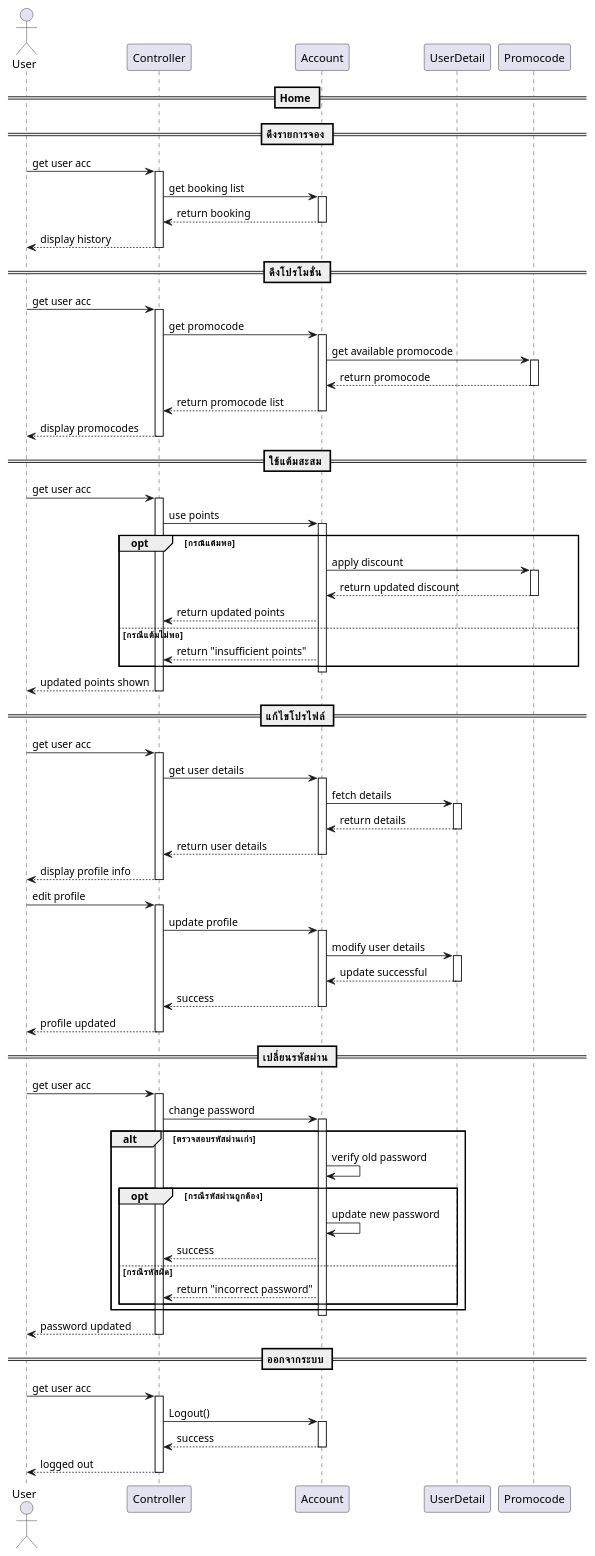
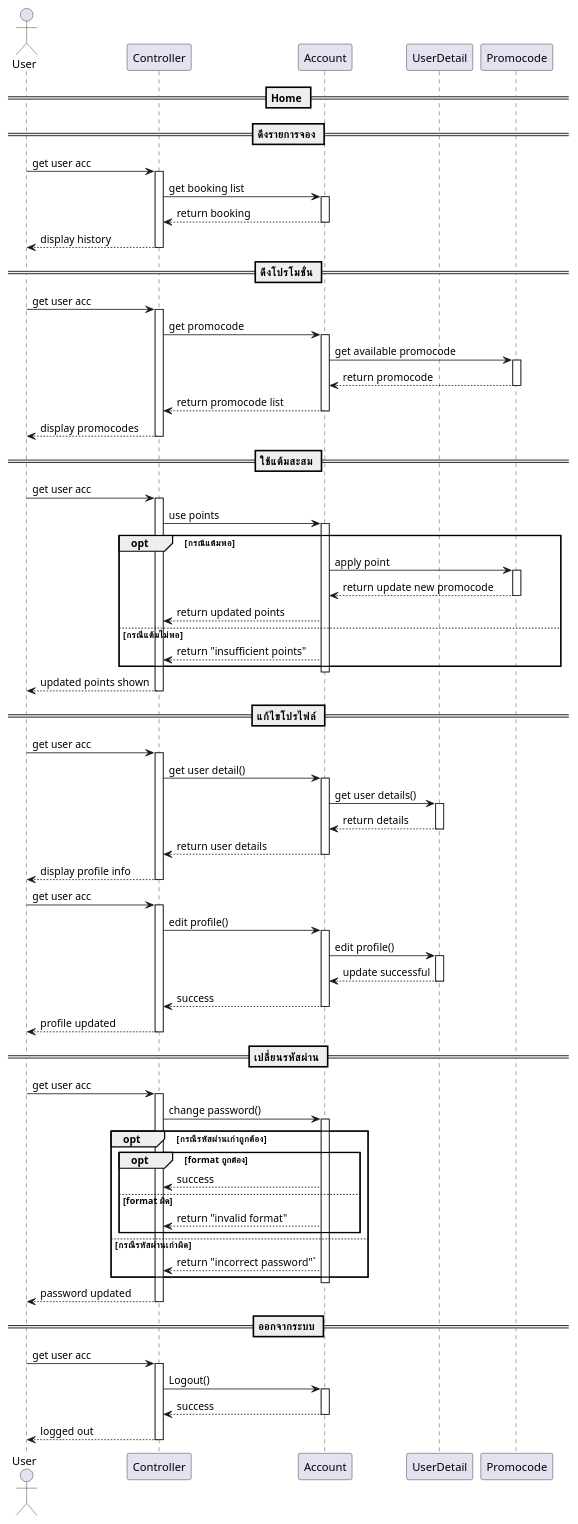
One commit to Nonnnchun/OOP_project changed the diagram in sequenceDiagram/sequenceHomepage.plantuml. Above: the diagram before and after it, drawn with PlantUML. The commit also changed 1 other file, not shown here.

Commit message:
Homepage + edit sequence
- แก้ sequence ของ change password
- เพิ่ม UI homepage
  -แบ่งเป็น 4 ส่วน ที่ทำไปคือ change password method ยังใช้ไม่ได้

```diff
--- a/sequenceDiagram/sequenceHomepage.plantuml
+++ b/sequenceDiagram/sequenceHomepage.plantuml
@@ -1,122 +1,123 @@
 @startuml 
 
 actor "User" as user
 participant Controller
 participant Account
 participant UserDetail
 participant Promocode
 
 == Home == 
 
 == ดึงรายการจอง ==
 
 user -> Controller : get user acc
 activate Controller
 Controller -> Account : get booking list
 activate Account
 
 
 Account --> Controller : return booking
 
 
 deactivate Account
 Controller --> user : display history
 deactivate Controller
 
 == ดึงโปรโมชั่น ==
 
 user -> Controller : get user acc
 activate Controller
 Controller -> Account : get promocode
 activate Account
 Account -> Promocode : get available promocode
 activate Promocode
 Promocode --> Account : return promocode
 deactivate Promocode
 Account --> Controller : return promocode list
 deactivate Account
 Controller --> user : display promocodes
 deactivate Controller
 
 == ใช้แต้มสะสม ==
 
 user -> Controller : get user acc
 activate Controller
 Controller -> Account : use points
 activate Account
 
 opt กรณีแต้มพอ
-    Account -> Promocode : apply discount
+    Account -> Promocode : apply point
     activate Promocode
-    Promocode --> Account : return updated discount
+    Promocode --> Account : return update new promocode
     deactivate Promocode
     Account --> Controller : return updated points
 else กรณีแต้มไม่พอ
     Account --> Controller : return "insufficient points"
 end
 
 deactivate Account
 Controller --> user : updated points shown
 deactivate Controller
 
 == แก้ไขโปรไฟล์ ==
 
 user -> Controller : get user acc
 activate Controller
-Controller -> Account : get user details
+Controller -> Account : get user detail()
 activate Account
-Account -> UserDetail : fetch details
+Account -> UserDetail : get user details()
 activate UserDetail
 UserDetail --> Account : return details
 deactivate UserDetail
 Account --> Controller : return user details
 deactivate Account
 Controller --> user : display profile info
 deactivate Controller
 
-user -> Controller : edit profile
+user -> Controller : get user acc
 activate Controller
-Controller -> Account : update profile
+Controller -> Account : edit profile()
 activate Account
-Account -> UserDetail : modify user details
+Account -> UserDetail : edit profile()
 activate UserDetail
 UserDetail --> Account : update successful
 deactivate UserDetail
 Account --> Controller : success
 deactivate Account
 Controller --> user : profile updated
 deactivate Controller
 
 == เปลี่ยนรหัสผ่าน ==
 
 user -> Controller : get user acc
 activate Controller
-Controller -> Account : change password
+Controller -> Account : change password()
 activate Account
 
-alt ตรวจสอบรหัสผ่านเก่า
-    Account -> Account : verify old password
-    opt กรณีรหัสผ่านถูกต้อง
-        Account -> Account : update new password
+opt กรณีรหัสผ่านเก่าถูกต้อง
+    opt format ถูกต้อง
         Account --> Controller : success
-    else กรณีรหัสผิด
-        Account --> Controller : return "incorrect password"
+    else format ผิด
+        Account --> Controller : return "invalid format"
     end
+else กรณีรหัสผ่านเก่าผิด
+        Account --> Controller : return "incorrect password"`
+    
 end
 
 deactivate Account
 Controller --> user : password updated
 deactivate Controller
 
 == ออกจากระบบ ==
 
 user -> Controller : get user acc
 activate Controller
 Controller -> Account : Logout()
 activate Account
 Account --> Controller : success
 deactivate Account
 Controller --> user : logged out
 deactivate Controller
 
 @enduml
```
